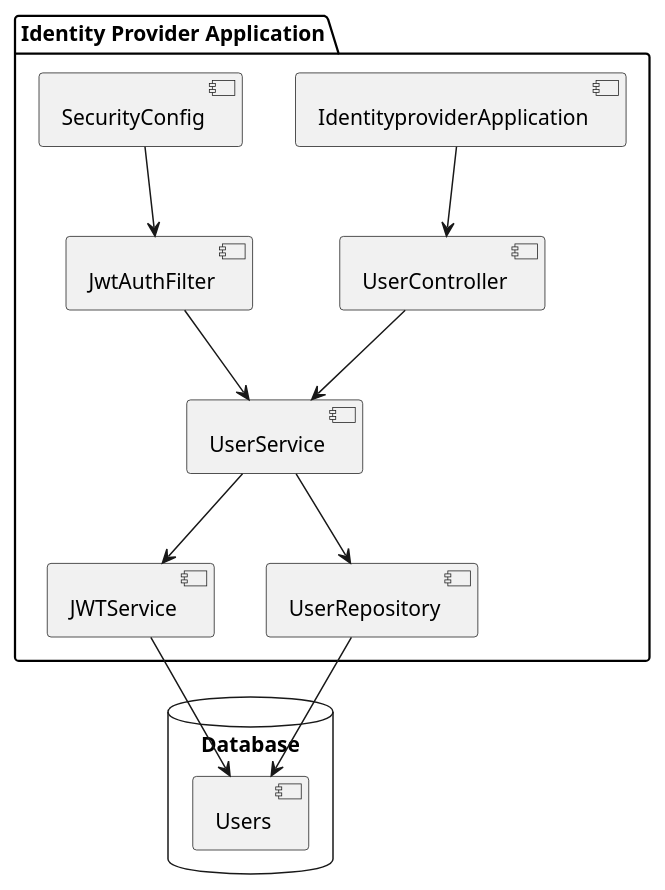
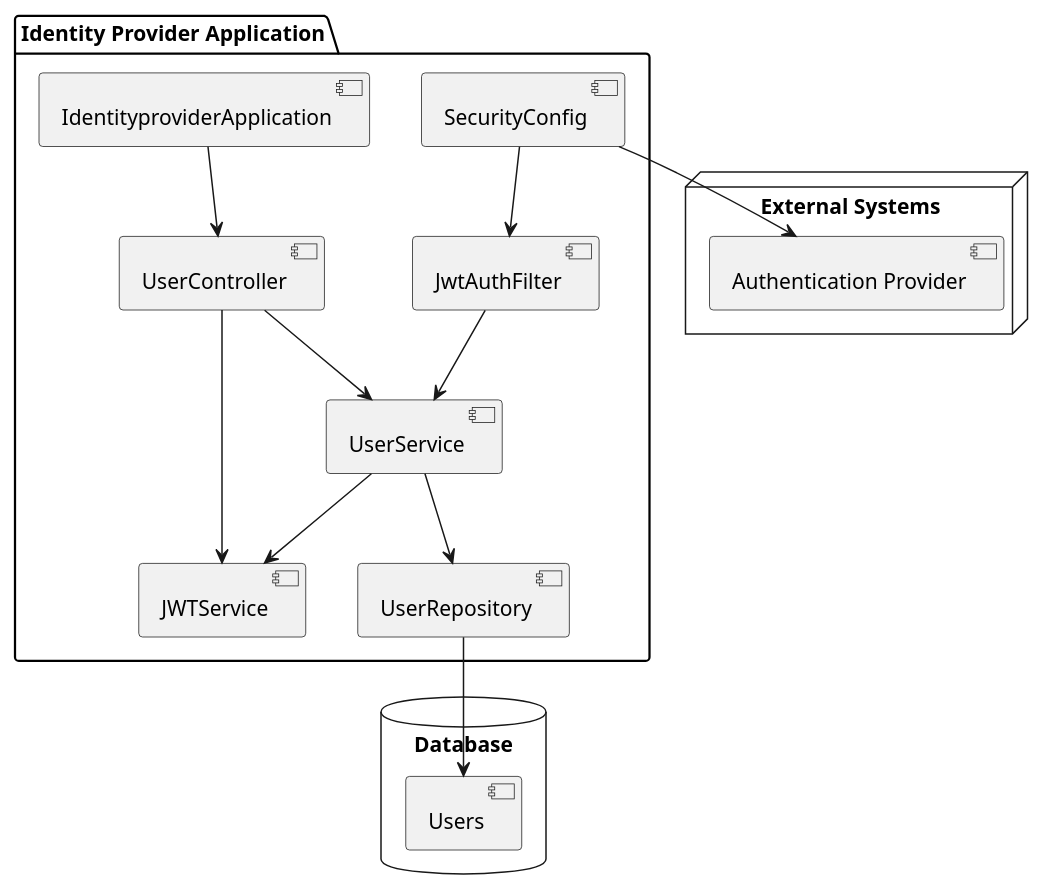
One commit to Dinesh-s95/AutoDoc.ai changed the diagram in identityprovider/documentation/architecturedesign.adoc. Above: the diagram before and after it, drawn with PlantUML. The commit also changed other lines of this file and 2 other files, not shown here.

```diff
--- a/identityprovider/documentation/architecturedesign.adoc
+++ b/identityprovider/documentation/architecturedesign.adoc
@@ -9,28 +19,34 @@
-[plantuml, "system-architecture", png]
-----
+[plantuml, "System_Architecture_Diagram", png]
+....
 @startuml
 package "Identity Provider Application" {
-    [IdentityproviderApplication] as app
-    [UserController] as controller
-    [UserService] as service
-    [JWTService] as jwt
-    [UserRepository] as repo
-    [SecurityConfig] as security
-    [JwtAuthFilter] as filter
+  [IdentityproviderApplication] as App
+  [UserController] as Controller
+  [UserService] as Service
+  [UserRepository] as Repository
+  [JWTService] as JWT
+  [SecurityConfig] as Security
+  [JwtAuthFilter] as Filter
 }
 
 database "Database" {
-    [Users]
+  [Users]
 }
 
-app --> controller
-controller --> service
-service --> jwt
-service --> repo
-repo --> [Users]
-jwt --> [Users]
-security --> filter
-filter --> service
+node "External Systems" {
+  [Authentication Provider]
+}
+
+App --> Controller
+Controller --> Service
+Service --> Repository
+Repository --> Users
+Controller --> JWT
+Security --> Filter
+Filter --> Service
+Service --> JWT
+
+Security --> [Authentication Provider]
 
 @enduml
-----
+....
```
